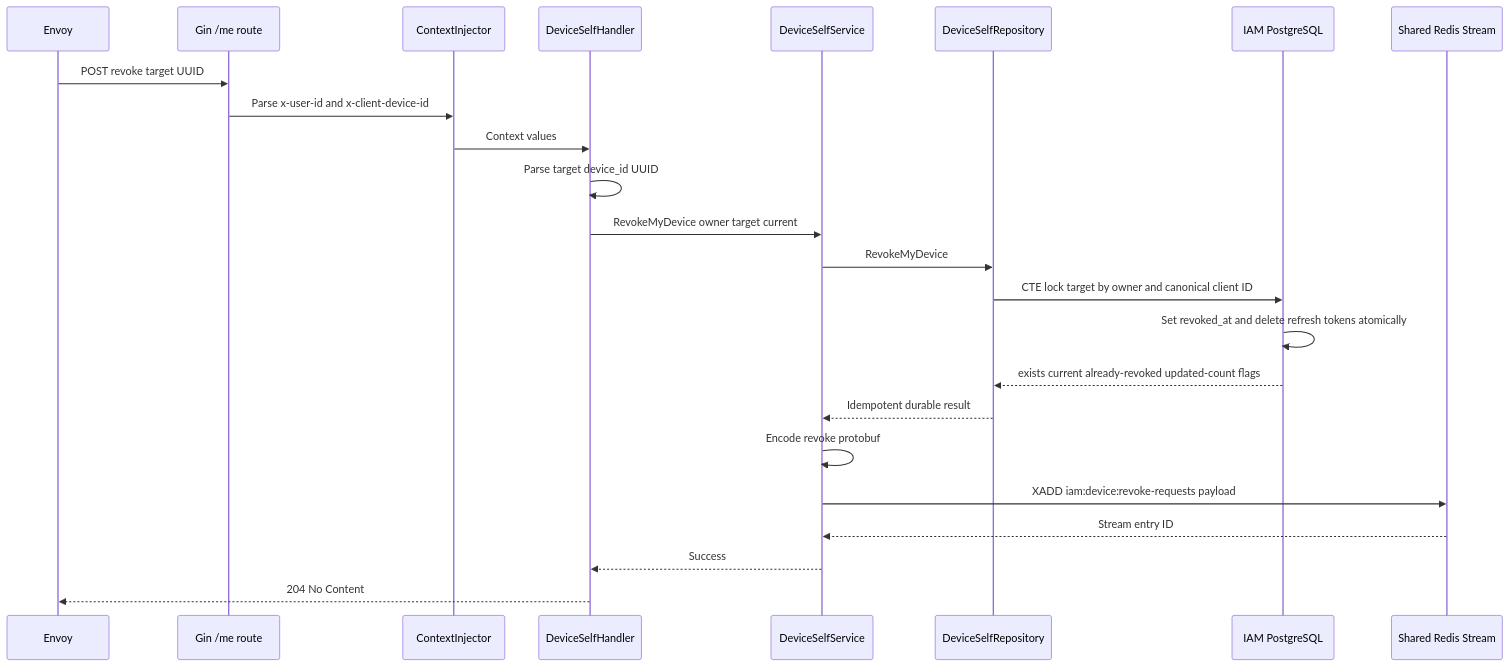
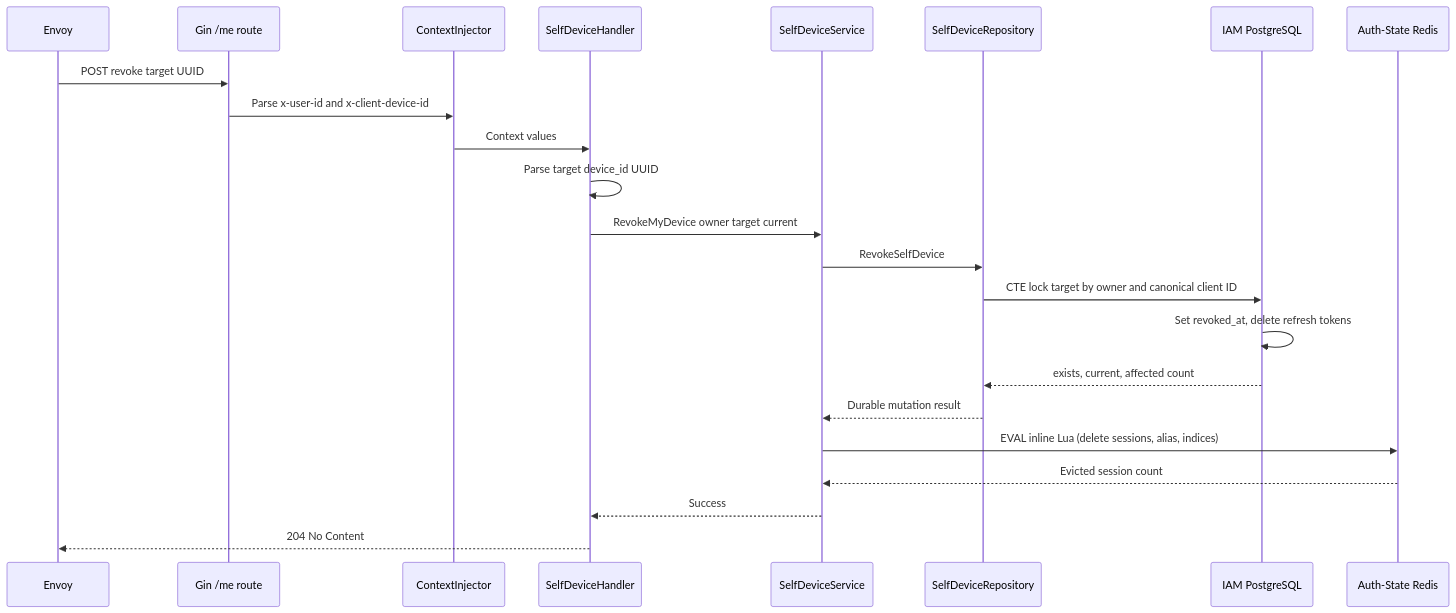
One commit to phucle996/aurora changed the second of 2 diagrams in god_view/iam/user_device_revoke_god_view_workflow.md. Above: the diagram before and after it, drawn with Mermaid. The commit also changed other lines of this file and 68 other files, not shown here.

Commit message:
refactor: consolidate device management services and repositories into new personal and self device abstractions

````diff
--- a/god_view/iam/user_device_revoke_god_view_workflow.md
+++ b/god_view/iam/user_device_revoke_god_view_workflow.md
@@ -165,27 +164,26 @@
 ```mermaid
 sequenceDiagram
     participant Envoy as Envoy
     participant Route as Gin /me route
     participant Inject as ContextInjector
-    participant Handler as DeviceSelfHandler
-    participant Service as DeviceSelfService
-    participant Repo as DeviceSelfRepository
+    participant Handler as SelfDeviceHandler
+    participant Service as SelfDeviceService
+    participant Repo as SelfDeviceRepository
     participant PG as IAM PostgreSQL
-    participant Stream as Shared Redis Stream
+    participant Auth as Auth-State Redis
 
     Envoy->>Route: POST revoke target UUID
     Route->>Inject: Parse x-user-id and x-client-device-id
     Inject->>Handler: Context values
     Handler->>Handler: Parse target device_id UUID
     Handler->>Service: RevokeMyDevice owner target current
-    Service->>Repo: RevokeMyDevice
+    Service->>Repo: RevokeSelfDevice
     Repo->>PG: CTE lock target by owner and canonical client ID
-    PG->>PG: Set revoked_at and delete refresh tokens atomically
-    PG-->>Repo: exists current already-revoked updated-count flags
-    Repo-->>Service: Idempotent durable result
-    Service->>Service: Encode revoke protobuf
-    Service->>Stream: XADD iam:device:revoke-requests payload
-    Stream-->>Service: Stream entry ID
+    PG->>PG: Set revoked_at, delete refresh tokens
+    PG-->>Repo: exists, current, affected count
+    Repo-->>Service: Durable mutation result
+    Service->>Auth: EVAL inline Lua (delete sessions, alias, indices)
+    Auth-->>Service: Evicted session count
     Service-->>Handler: Success
     Handler-->>Envoy: 204 No Content
 ```
````
